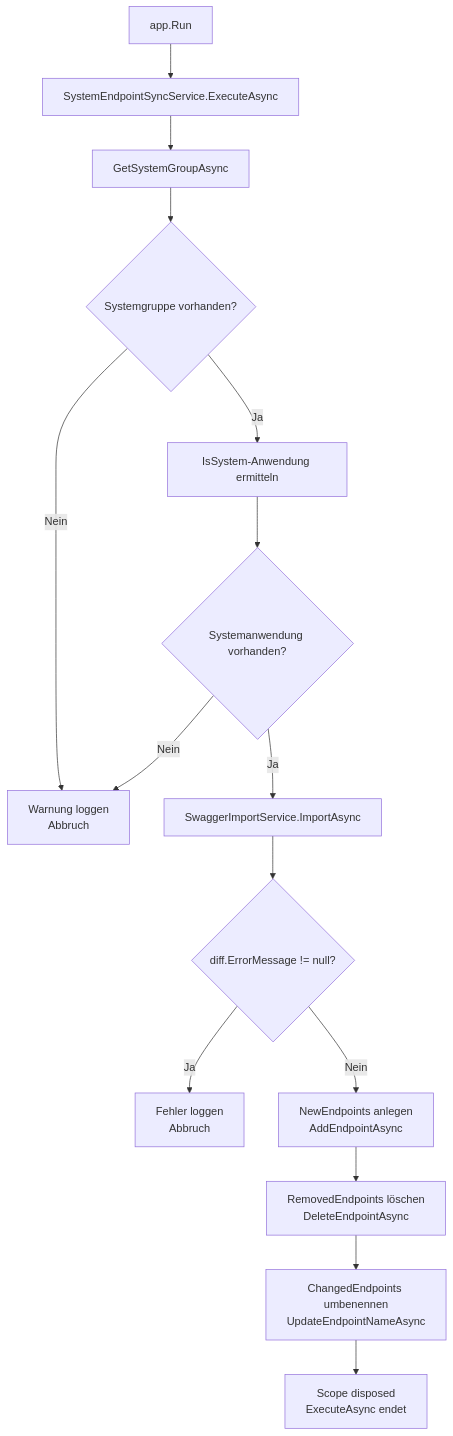
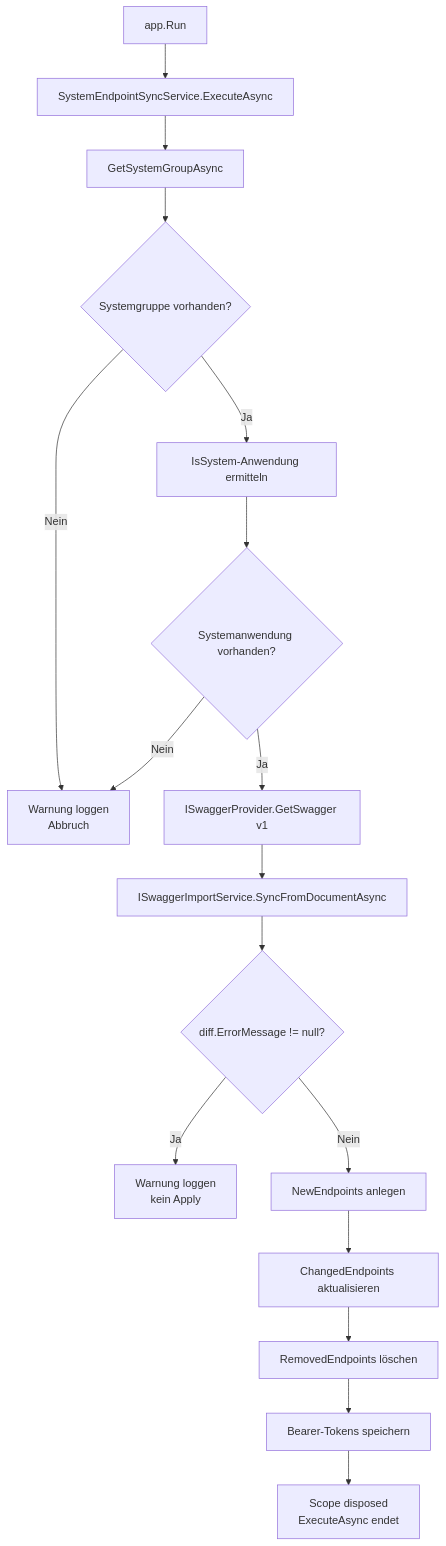
One commit to martin-stromberg/Schnittstellenzentrale changed the first of 2 diagrams in docs/help/schnittstellenzentrale/ablauf-technisch.md. Above: the diagram before and after it, drawn with Mermaid. The commit also changed other lines of this file and 19 other files, not shown here.

First line of the commit message:
feat: Einheitlicher Swagger-Import-Ausfuehrungspfad inkl. Startabgleich

````diff
--- a/docs/help/schnittstellenzentrale/ablauf-technisch.md
+++ b/docs/help/schnittstellenzentrale/ablauf-technisch.md
@@ -48,17 +47,19 @@
 ```mermaid
 flowchart TD
     A[app.Run] --> B[SystemEndpointSyncService.ExecuteAsync]
     B --> C[GetSystemGroupAsync]
     C --> D{Systemgruppe vorhanden?}
     D -- Nein --> E[Warnung loggen\nAbbruch]
     D -- Ja --> F[IsSystem-Anwendung ermitteln]
     F --> G{Systemanwendung vorhanden?}
     G -- Nein --> E
-    G -- Ja --> H[SwaggerImportService.ImportAsync]
-    H --> I{diff.ErrorMessage != null?}
-    I -- Ja --> J[Fehler loggen\nAbbruch]
-    I -- Nein --> K[NewEndpoints anlegen\nAddEndpointAsync]
-    K --> L[RemovedEndpoints löschen\nDeleteEndpointAsync]
-    L --> M[ChangedEndpoints umbenennen\nUpdateEndpointNameAsync]
-    M --> N[Scope disposed\nExecuteAsync endet]
+    G -- Ja --> H[ISwaggerProvider.GetSwagger v1]
+    H --> I[ISwaggerImportService.SyncFromDocumentAsync]
+    I --> J{diff.ErrorMessage != null?}
+    J -- Ja --> K[Warnung loggen\nkein Apply]
+    J -- Nein --> L[NewEndpoints anlegen]
+    L --> M[ChangedEndpoints aktualisieren]
+    M --> N[RemovedEndpoints löschen]
+    N --> O[Bearer-Tokens speichern]
+    O --> P[Scope disposed\nExecuteAsync endet]
 ```
````
